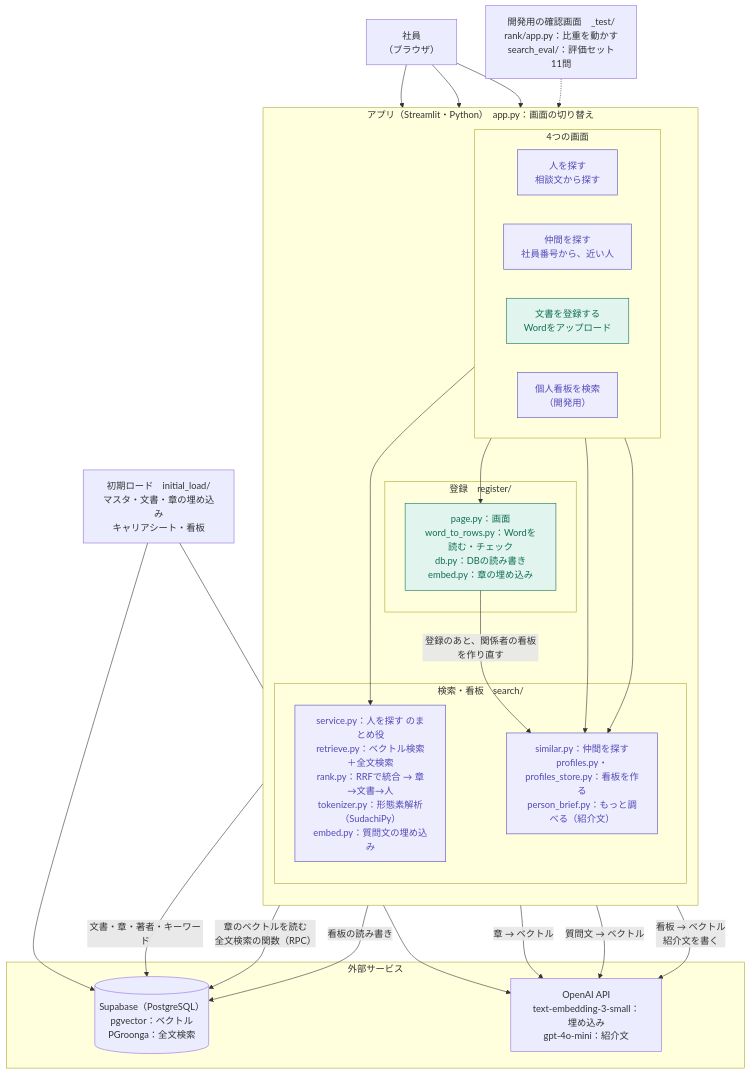
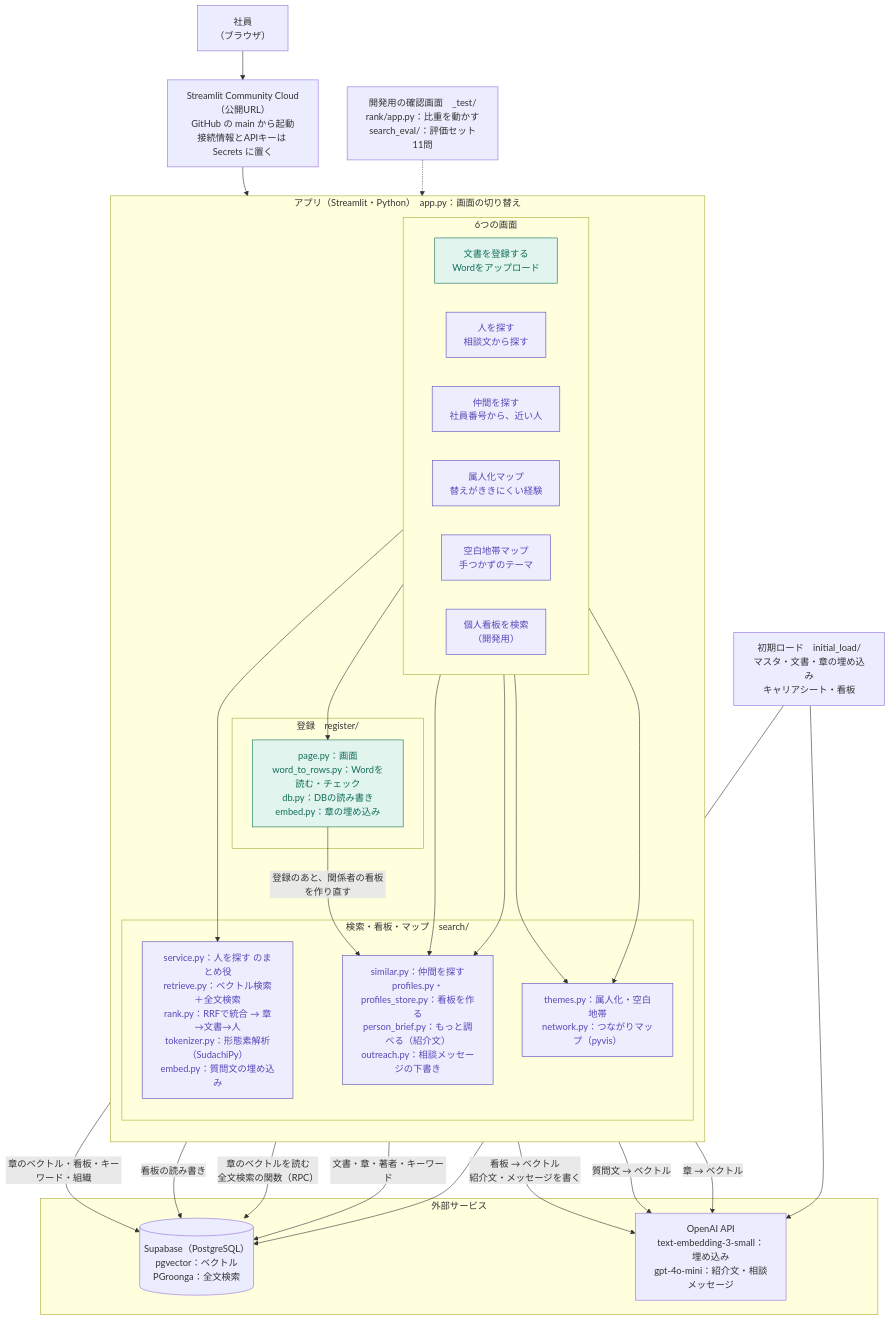
Before and after one commit to emon0415/DATA-TRIANGLE_261013: the diagram in docs/architecture.md, drawn with Mermaid. The commit also changed other lines of this file and 3 other files, not shown here.

First line of the commit message:
構成図を、公開（Streamlit Community Cloud）と追加機能に合わせて更新

````diff
--- a/docs/architecture.md
+++ b/docs/architecture.md
@@ -17,51 +17,57 @@
 ```mermaid
 flowchart TB
     USER["社員<br>（ブラウザ）"]
+    CLOUD["Streamlit Community Cloud（公開URL）<br>GitHub の main から起動<br>接続情報とAPIキーは Secrets に置く"]
 
     subgraph APP["アプリ（Streamlit・Python）　app.py：画面の切り替え"]
         direction TB
-        subgraph SCREENS["4つの画面"]
+        subgraph SCREENS["6つの画面"]
             direction LR
+            P3["文書を登録する<br>Wordをアップロード"]
             P1["人を探す<br>相談文から探す"]
             P2["仲間を探す<br>社員番号から、近い人"]
-            P3["文書を登録する<br>Wordをアップロード"]
+            P5["属人化マップ<br>替えがききにくい経験"]
+            P6["空白地帯マップ<br>手つかずのテーマ"]
             P4["個人看板を検索<br>（開発用）"]
         end
         subgraph REG["登録　register/"]
             R1["page.py：画面<br>word_to_rows.py：Wordを読む・チェック<br>db.py：DBの読み書き<br>embed.py：章の埋め込み"]
         end
-        subgraph SRCH["検索・看板　search/"]
+        subgraph SRCH["検索・看板・マップ　search/"]
             S1["service.py：人を探す のまとめ役<br>retrieve.py：ベクトル検索＋全文検索<br>rank.py：RRFで統合 → 章→文書→人<br>tokenizer.py：形態素解析（SudachiPy）<br>embed.py：質問文の埋め込み"]
-            S2["similar.py：仲間を探す<br>profiles.py・profiles_store.py：看板を作る<br>person_brief.py：もっと調べる（紹介文）"]
+            S2["similar.py：仲間を探す<br>profiles.py・profiles_store.py：看板を作る<br>person_brief.py：もっと調べる（紹介文）<br>outreach.py：相談メッセージの下書き"]
+            S3["themes.py：属人化・空白地帯<br>network.py：つながりマップ（pyvis）"]
         end
     end
 
     subgraph EXT["外部サービス"]
         SUPA[("Supabase（PostgreSQL）<br>pgvector：ベクトル<br>PGroonga：全文検索")]
-        OPENAI["OpenAI API<br>text-embedding-3-small：埋め込み<br>gpt-4o-mini：紹介文"]
+        OPENAI["OpenAI API<br>text-embedding-3-small：埋め込み<br>gpt-4o-mini：紹介文・相談メッセージ"]
     end
 
     BATCH["初期ロード　initial_load/<br>マスタ・文書・章の埋め込み<br>キャリアシート・看板"]
     DEV["開発用の確認画面　_test/<br>rank/app.py：比重を動かす<br>search_eval/：評価セット11問"]
 
-    USER --> P1 & P2 & P3
+    USER --> CLOUD --> APP
     P1 --> S1
     P2 --> S2
     P4 --> S2
+    P5 & P6 --> S3
     P3 --> R1
     R1 -- "登録のあと、関係者の看板を作り直す" --> S2
     R1 -- "文書・章・著者・キーワード" --> SUPA
     R1 -- "章 → ベクトル" --> OPENAI
     S1 -- "章のベクトルを読む<br>全文検索の関数（RPC）" --> SUPA
     S1 -- "質問文 → ベクトル" --> OPENAI
     S2 -- "看板の読み書き" --> SUPA
-    S2 -- "看板 → ベクトル<br>紹介文を書く" --> OPENAI
+    S2 -- "看板 → ベクトル<br>紹介文・メッセージを書く" --> OPENAI
+    S3 -- "章のベクトル・看板・キーワード・組織" --> SUPA
     BATCH --> SUPA
     BATCH --> OPENAI
     DEV -.-> S1
 
     classDef reg fill:#E1F5EE,stroke:#0F6E56,color:#0F6E56
     classDef srch fill:#EEEDFE,stroke:#534AB7,color:#534AB7
     class P3,R1 reg
-    class P1,P2,P4,S1,S2 srch
+    class P1,P2,P4,P5,P6,S1,S2,S3 srch
 ```
````
